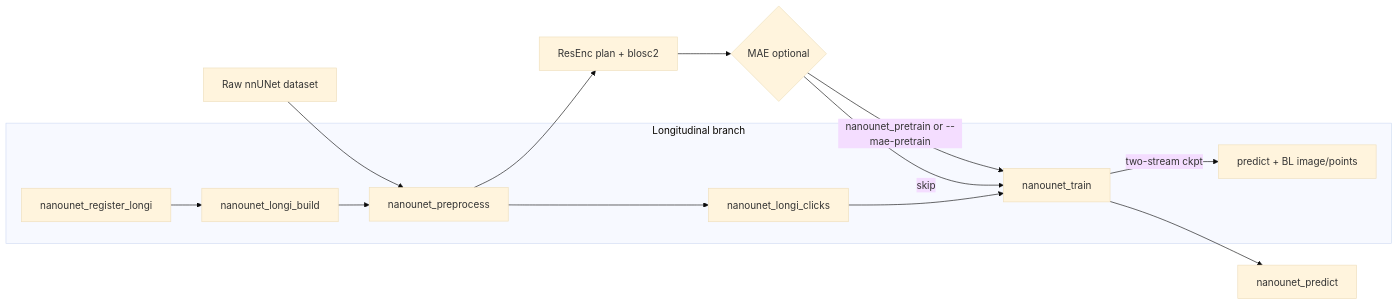
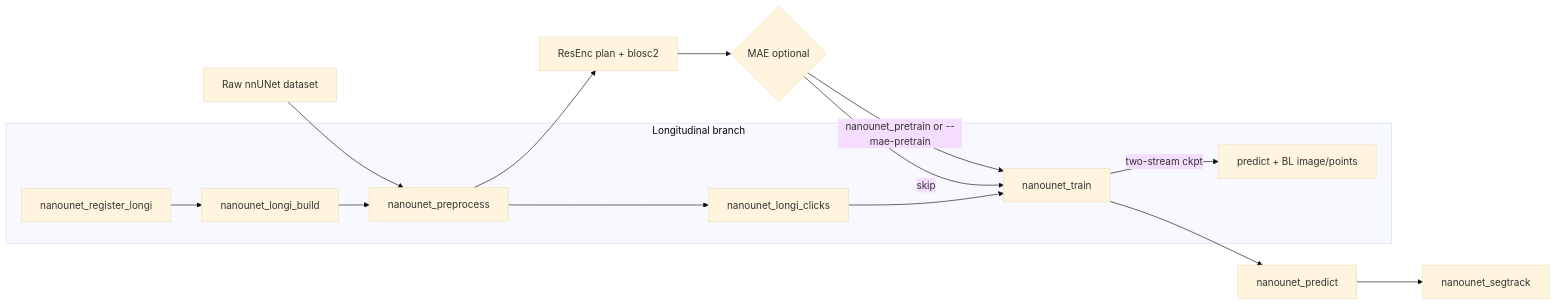
Before and after one commit to nielsRocholl/nanoUNet: the diagram in docs/index.md, drawn with Mermaid (base theme). The commit also changed other lines of this file and 5 other files, not shown here.

First line of the commit message:
Add nanounet_segtrack: binary preds and clicks to tracking CSV.

````diff
--- a/docs/index.md
+++ b/docs/index.md
@@ -7,17 +7,18 @@
 ```mermaid
 flowchart LR
     raw[Raw nnUNet dataset] --> preprocess[nanounet_preprocess]
     preprocess --> plan[ResEnc plan + blosc2]
     plan --> pretrain{MAE optional}
     pretrain -->|nanounet_pretrain or --mae-pretrain| train[nanounet_train]
     pretrain -->|skip| train
     train --> predict[nanounet_predict]
+    predict --> track[nanounet_segtrack]
 
     subgraph longi [Longitudinal branch]
         reg[nanounet_register_longi] --> build[nanounet_longi_build]
         build --> preprocess
         preprocess --> clicks[nanounet_longi_clicks]
         clicks --> train
         train -->|two-stream ckpt| longi_pred[predict + BL image/points]
     end
 ```
````
